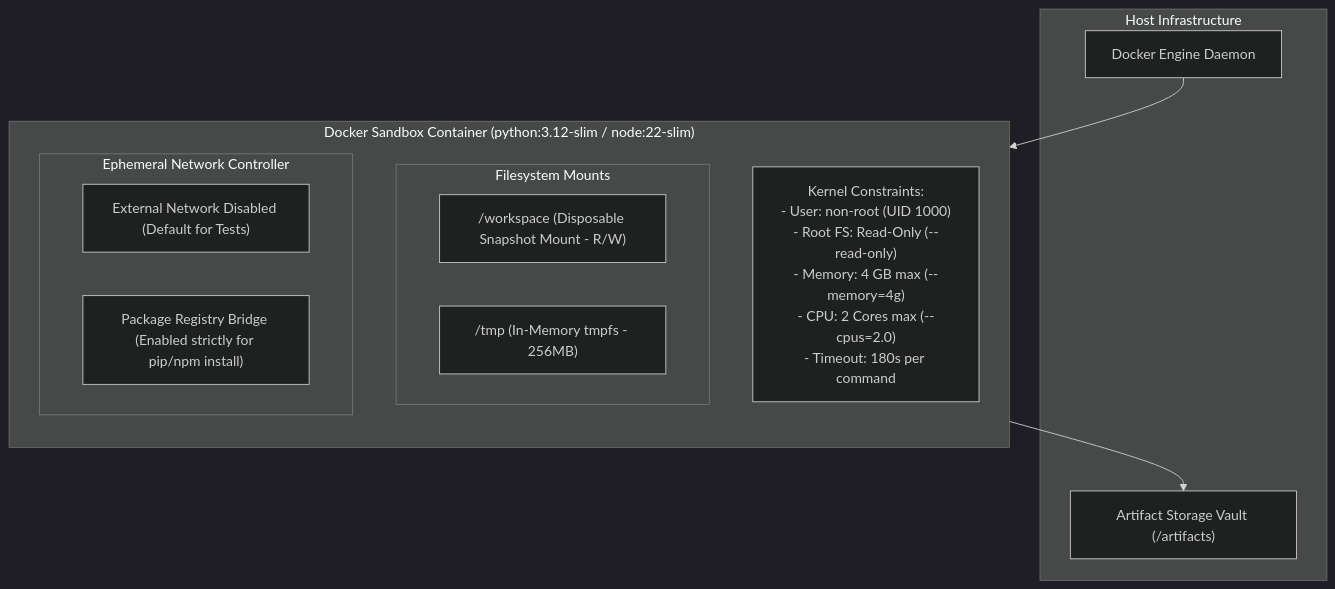
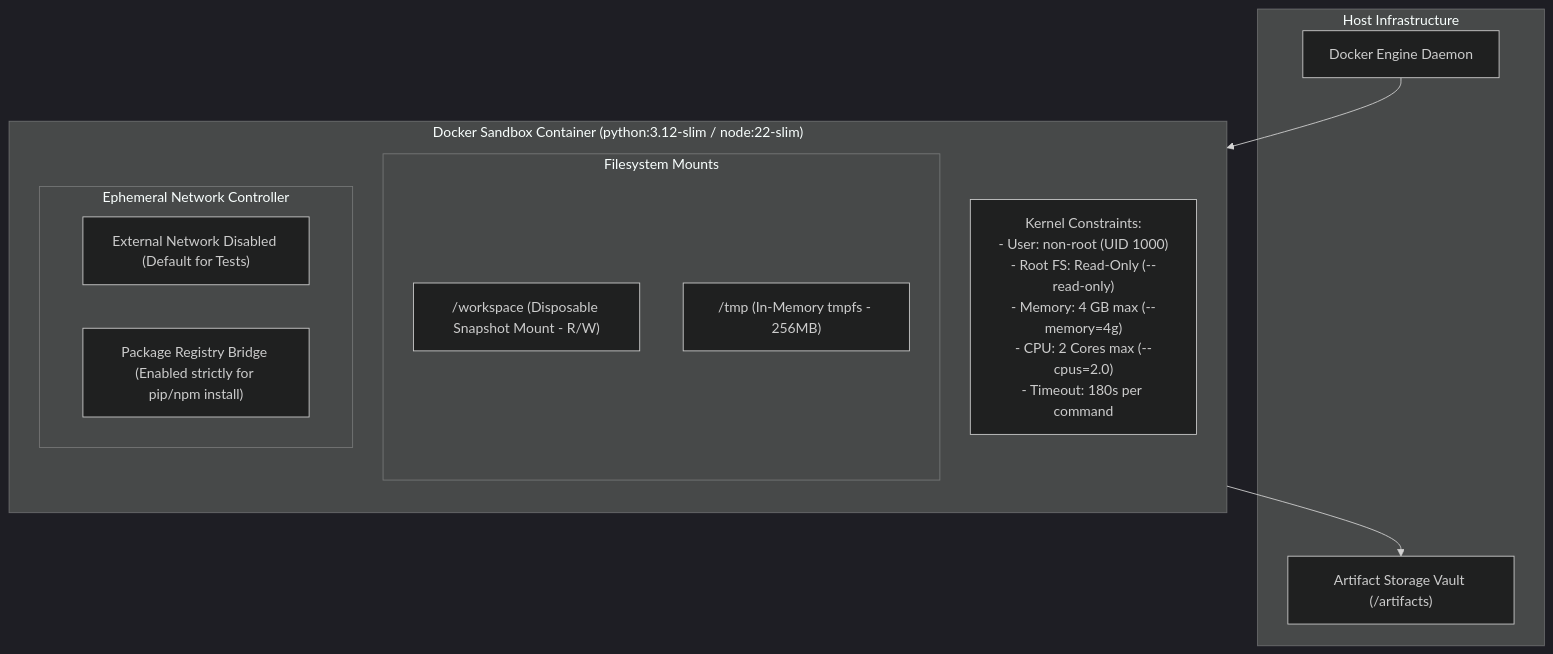
One commit to kajaredhruv433/VectoraFix changed the third of 4 diagrams in docs/RUNTIME_SANDBOX_AND_SECURITY.md. Above: the diagram before and after it, drawn with Mermaid (dark theme). The commit also changed other lines of this file and 3 other files, not shown here.

Commit message:
docs: fix Mermaid diagram syntax errors for GitHub rendering

````diff
--- a/docs/RUNTIME_SANDBOX_AND_SECURITY.md
+++ b/docs/RUNTIME_SANDBOX_AND_SECURITY.md
@@ -76,25 +81,25 @@
 ```mermaid
 flowchart TB
     subgraph HostOS ["Host Infrastructure"]
         HostDaemon["Docker Engine Daemon"]
         VaultDir["Artifact Storage Vault (/artifacts)"]
     end
 
     subgraph SandboxContainer ["Docker Sandbox Container (python:3.12-slim / node:22-slim)"]
         direction TB
         ContainerLimits["Kernel Constraints:<br/>- User: non-root (UID 1000)<br/>- Root FS: Read-Only (--read-only)<br/>- Memory: 4 GB max (--memory=4g)<br/>- CPU: 2 Cores max (--cpus=2.0)<br/>- Timeout: 180s per command"]
         
         subgraph Mounts ["Filesystem Mounts"]
             Workspace["/workspace (Disposable Snapshot Mount - R/W)"]
             TmpFs["/tmp (In-Memory tmpfs - 256MB)"]
         end
 
         subgraph NetworkState ["Ephemeral Network Controller"]
             NetClosed["External Network Disabled (Default for Tests)"]
             NetOpen["Package Registry Bridge (Enabled strictly for pip/npm install)"]
         end
     end
 
-    HostDaemon --> SandboxContainer
-    SandboxContainer --> VaultDir
+    HostDaemon --> ContainerLimits
+    Workspace --> VaultDir
 ```
````
